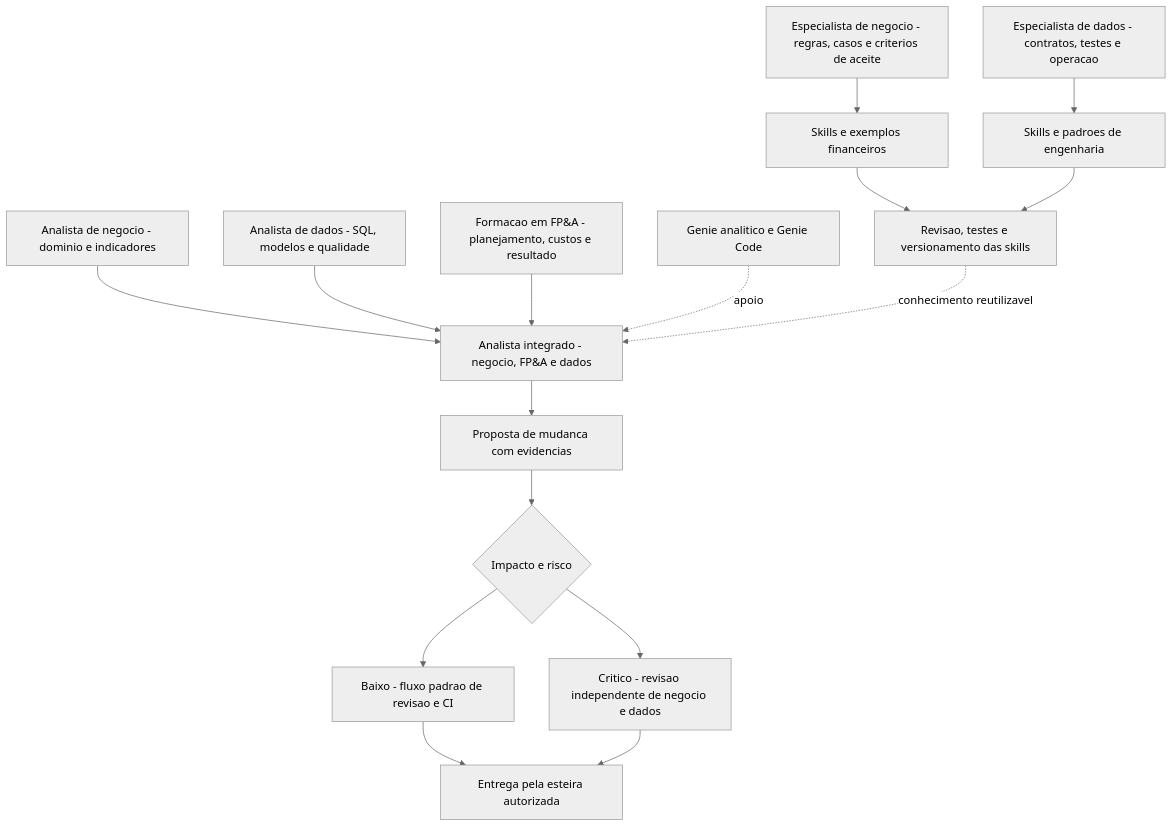
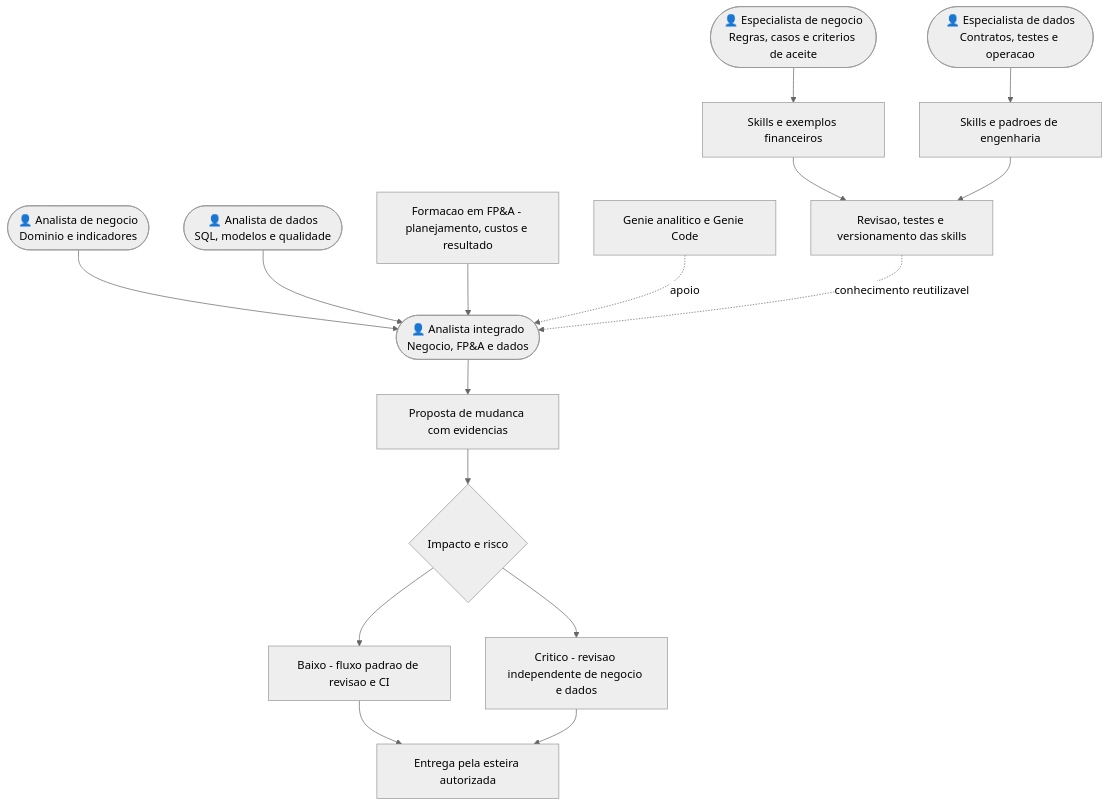
Before and after one commit to denisisikawa/business-science-lab: the second of 2 diagrams in databricks-pipeline-template/docs/ARCHITECTURE_AND_ROLES.md, drawn with Mermaid (neutral theme). The commit also changed other lines of this file and 2 other files, not shown here.

Commit message:
docs: distinguish human actors with capsule shapes and person icons

````diff
--- a/databricks-pipeline-template/docs/ARCHITECTURE_AND_ROLES.md
+++ b/databricks-pipeline-template/docs/ARCHITECTURE_AND_ROLES.md
@@ -72,23 +74,23 @@
 ```mermaid
 flowchart TD
-    N[Analista de negocio - dominio e indicadores]
-    D[Analista de dados - SQL, modelos e qualidade]
+    N(["👤 Analista de negocio<br/>Dominio e indicadores"])
+    D(["👤 Analista de dados<br/>SQL, modelos e qualidade"])
     F[Formacao em FP&A - planejamento, custos e resultado]
-    N --> H[Analista integrado - negocio, FP&A e dados]
+    N --> H(["👤 Analista integrado<br/>Negocio, FP&A e dados"])
     D --> H
     F --> H
     AI[Genie analitico e Genie Code] -. apoio .-> H
-    EB[Especialista de negocio - regras, casos e criterios de aceite]
-    ED[Especialista de dados - contratos, testes e operacao]
+    EB(["👤 Especialista de negocio<br/>Regras, casos e criterios de aceite"])
+    ED(["👤 Especialista de dados<br/>Contratos, testes e operacao"])
     EB --> SB[Skills e exemplos financeiros]
     ED --> SD[Skills e padroes de engenharia]
     SB --> V[Revisao, testes e versionamento das skills]
     SD --> V
     V -. conhecimento reutilizavel .-> H
     H --> CHANGE[Proposta de mudanca com evidencias]
     CHANGE --> RISK{Impacto e risco}
     RISK --> LOW[Baixo - fluxo padrao de revisao e CI]
     RISK --> HIGH[Critico - revisao independente de negocio e dados]
     LOW --> DEP[Entrega pela esteira autorizada]
     HIGH --> DEP
 ```
````
